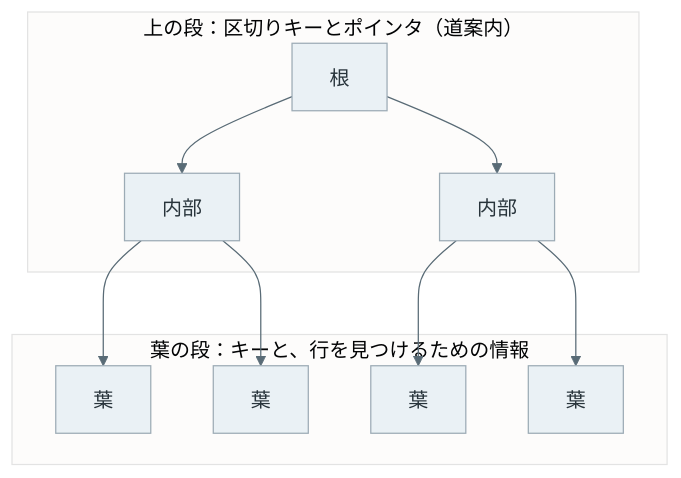
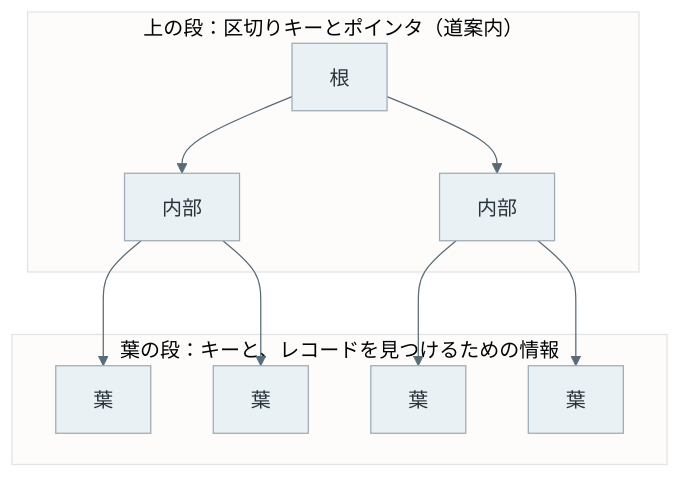
One commit to nao1215/debimate changed the third of 8 diagrams in content/notes/database-systems/b-tree/index.md. Above: the diagram before and after it, drawn with Mermaid. The commit also changed other lines of this file and 125 other files, not shown here.

````diff
--- a/content/notes/database-systems/b-tree/index.md
+++ b/content/notes/database-systems/b-tree/index.md
@@ -114,22 +116,22 @@
 ```mermaid
 %%{init: {"theme":"base","themeVariables":{"primaryColor":"#eaf1f5","primaryTextColor":"#28343b","primaryBorderColor":"#9cabb5","lineColor":"#596b76","textColor":"#28343b","actorBkg":"#eaf1f5","actorBorder":"#9cabb5","actorTextColor":"#28343b","actorLineColor":"#9cabb5","signalColor":"#596b76","signalTextColor":"#28343b","noteBkgColor":"#f7f1e5","noteBorderColor":"#c5b99b","noteTextColor":"#403c32","activationBkgColor":"#edf3ef","activationBorderColor":"#9aafa1"}}}%%
 flowchart TB
     subgraph UP["上の段：区切りキーとポインタ（道案内）"]
         R["根"]
         I1["内部"]
         I2["内部"]
     end
-    subgraph LEAF["葉の段：キーと、行を見つけるための情報"]
+    subgraph LEAF["葉の段：キーと、レコードを見つけるための情報"]
         L1["葉"]
         L2["葉"]
         L3["葉"]
         L4["葉"]
     end
     R --> I1
     R --> I2
     I1 --> L1
     I1 --> L2
     I2 --> L3
     I2 --> L4
     classDef default fill:#eaf1f5,stroke:#9cabb5,color:#28343b;
 ```
````
